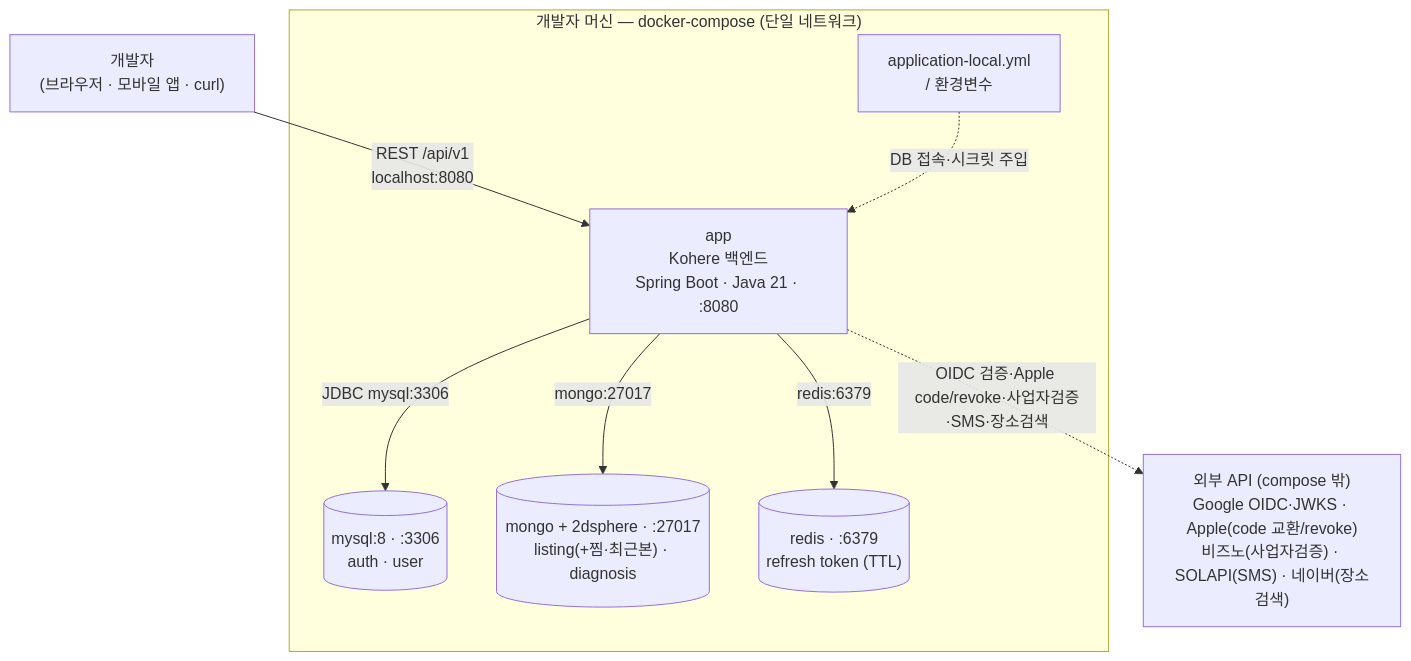
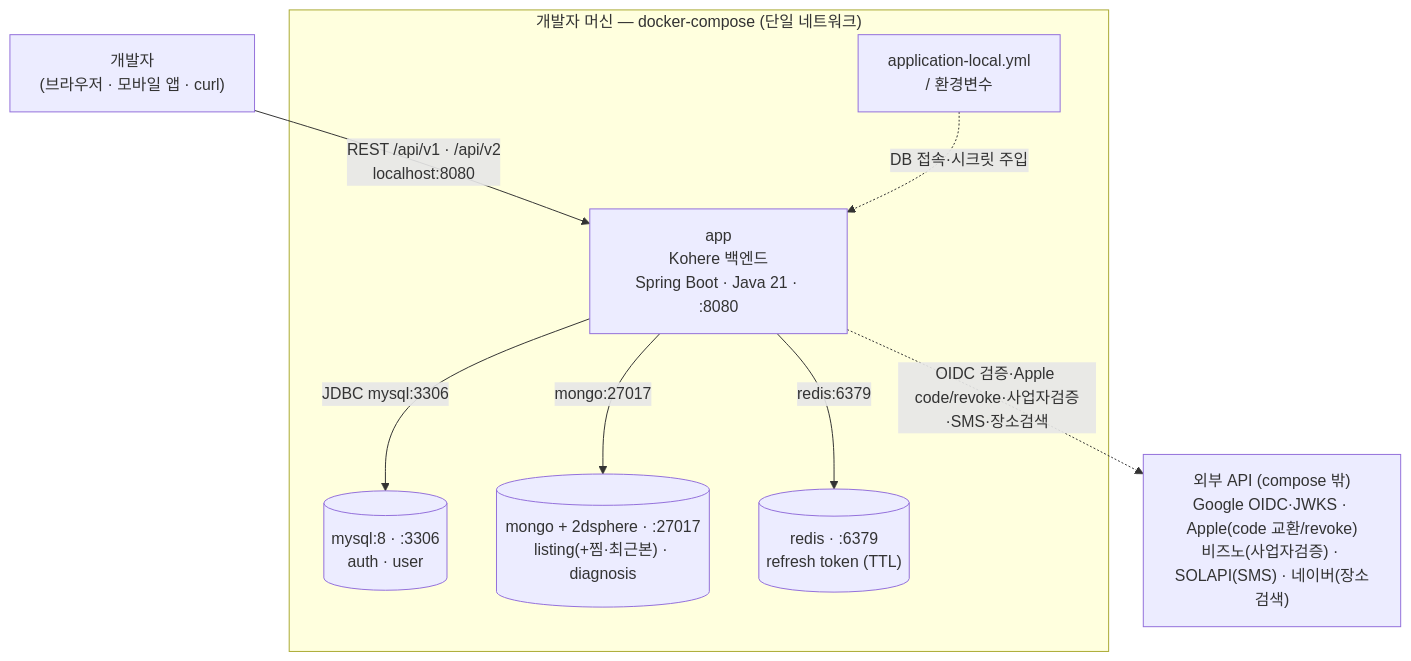
One commit to jameskim9509/Kohere-backend changed the third of 5 diagrams in docs/architecture/system-overview.md. Above: the diagram before and after it, drawn with Mermaid. The commit also changed other lines of this file and 24 other files, not shown here.

````diff
--- a/docs/architecture/system-overview.md
+++ b/docs/architecture/system-overview.md
@@ -151,21 +151,21 @@
 ```mermaid
 flowchart TB
     DEV["개발자<br/>(브라우저 · 모바일 앱 · curl)"]
 
     subgraph Host["개발자 머신 — docker-compose (단일 네트워크)"]
       APP["app<br/>Kohere 백엔드<br/>Spring Boot · Java 21 · :8080"]
       CFG["application-local.yml<br/>/ 환경변수"]
       MYSQL[("mysql:8 · :3306<br/>auth · user")]
       MONGO[("mongo + 2dsphere · :27017<br/>listing(+찜·최근본) · diagnosis")]
       REDIS[("redis · :6379<br/>refresh token (TTL)")]
     end
 
     EXT["외부 API (compose 밖)<br/>Google OIDC·JWKS · Apple(code 교환/revoke)<br/>비즈노(사업자검증) · SOLAPI(SMS) · 네이버(장소검색)"]
 
-    DEV -- "REST /api/v1<br/>localhost:8080" --> APP
+    DEV -- "REST /api/v1 · /api/v2<br/>localhost:8080" --> APP
     CFG -. "DB 접속·시크릿 주입" .-> APP
     APP -- "JDBC  mysql:3306" --> MYSQL
     APP -- "mongo:27017" --> MONGO
     APP -- "redis:6379" --> REDIS
     APP -. "OIDC 검증·Apple code/revoke·사업자검증·SMS·장소검색" .-> EXT
 ```
````
